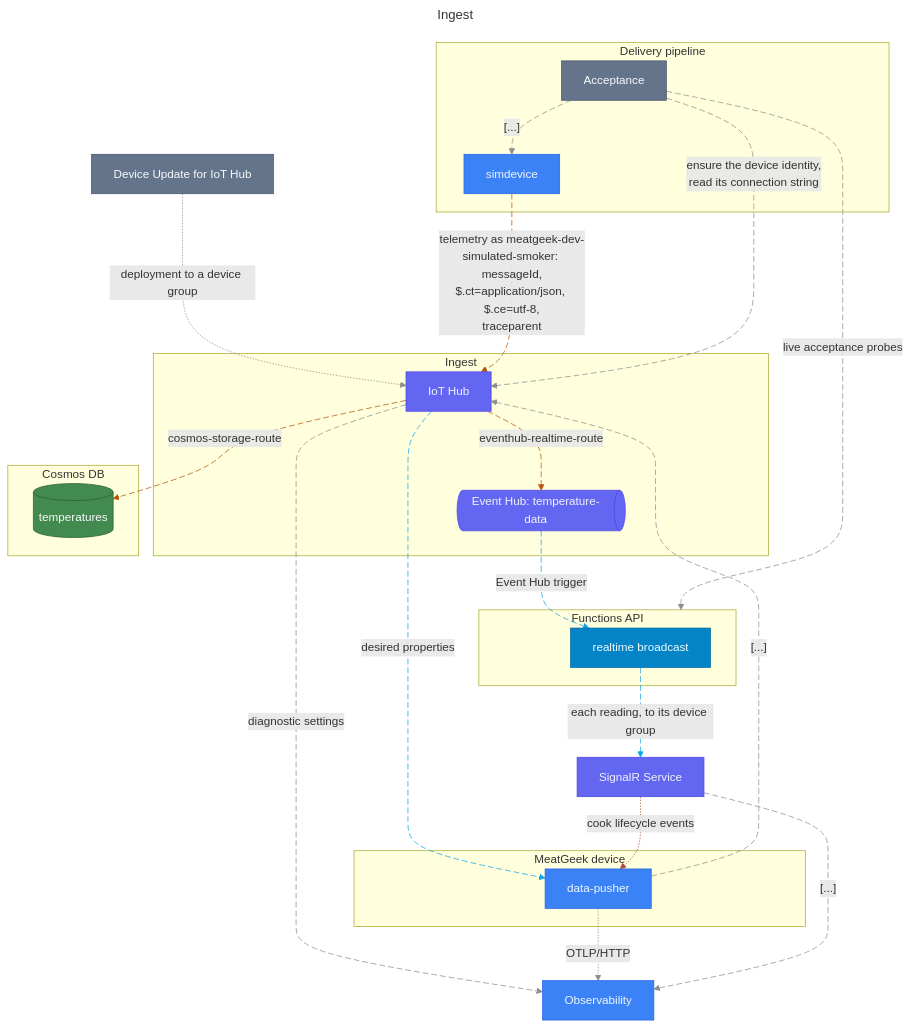
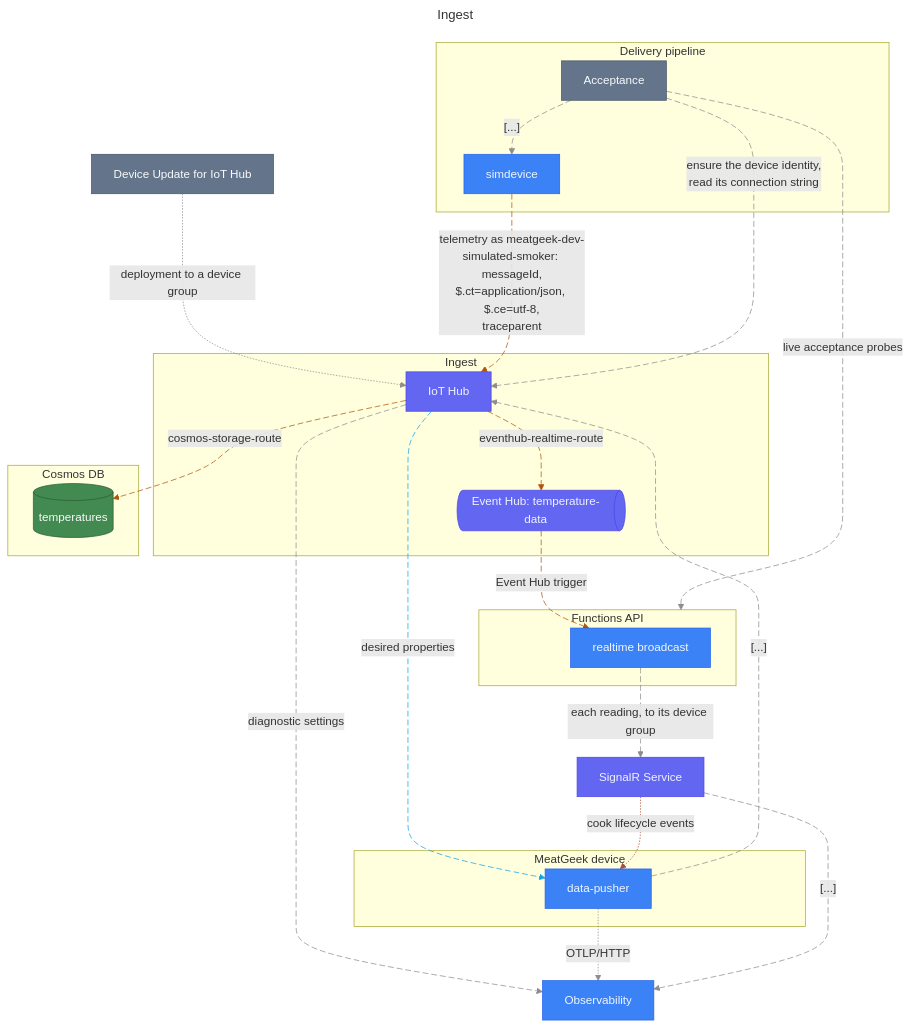
The seventh of 19 diagrams in docs/architecture/diagrams.md (stevebargelt/meatgeekv2), drawn with Mermaid before and after one commit. The commit also changed other lines of this file and 12 other files, not shown here.

First line of the commit message:
feat(api): HAR-60 broadcastTemperature pushes each temperature-data reading to its device-{id} SignalR group

````diff
--- a/docs/architecture/diagrams.md
+++ b/docs/architecture/diagrams.md
@@ -573,62 +571,60 @@
 ```mermaid
 ---
 title: "Ingest"
 ---
 graph TB
   MeatgeekCloudDeviceupdate@{ shape: rectangle, label: "Device Update for IoT Hub" }
   subgraph Delivery["`Delivery pipeline`"]
     Delivery.Acceptance@{ shape: rectangle, label: "Acceptance" }
     Delivery.Simdevice@{ shape: rectangle, label: "simdevice" }
   end
   subgraph MeatgeekCloudIngest["`Ingest`"]
     MeatgeekCloudIngest.Iothub@{ shape: rectangle, label: "IoT Hub" }
     MeatgeekCloudIngest.Eventhub@{ shape: horizontal-cylinder, label: "Event Hub: temperature-data" }
   end
   subgraph MeatgeekCloudData["`Cosmos DB`"]
     MeatgeekCloudData.Temperatures@{ shape: cylinder, label: "temperatures" }
   end
   subgraph MeatgeekCloudApi["`Functions API`"]
     MeatgeekCloudApi.Broadcast@{ shape: rectangle, label: "realtime broadcast" }
   end
   MeatgeekCloudRealtime@{ shape: rectangle, label: "SignalR Service" }
   subgraph MeatgeekEdge["`MeatGeek device`"]
     MeatgeekEdge.Pusher@{ shape: rectangle, label: "data-pusher" }
   end
   MeatgeekCloudObservability@{ shape: rectangle, label: "Observability" }
   MeatgeekCloudDeviceupdate -. "`deployment to a device group`" .-> MeatgeekCloudIngest.Iothub
   MeatgeekCloudIngest.Iothub -. "`eventhub-realtime-route`" .-> MeatgeekCloudIngest.Eventhub
   MeatgeekCloudIngest.Iothub -. "`diagnostic settings`" .-> MeatgeekCloudObservability
   MeatgeekCloudIngest.Iothub -. "`desired properties`" .-> MeatgeekEdge.Pusher
   MeatgeekEdge.Pusher -. "`[...]`" .-> MeatgeekCloudIngest.Iothub
   MeatgeekEdge.Pusher -. "`OTLP/HTTP`" .-> MeatgeekCloudObservability
   MeatgeekCloudIngest.Iothub -. "`cosmos-storage-route`" .-> MeatgeekCloudData.Temperatures
   MeatgeekCloudIngest.Eventhub -. "`Event Hub trigger`" .-> MeatgeekCloudApi.Broadcast
   MeatgeekCloudApi.Broadcast -. "`each reading, to its device group`" .-> MeatgeekCloudRealtime
   MeatgeekCloudRealtime -. "`[...]`" .-> MeatgeekCloudObservability
   MeatgeekCloudRealtime -. "`cook lifecycle events`" .-> MeatgeekEdge.Pusher
   Delivery.Simdevice -. "`telemetry as meatgeek-dev-
 simulated-smoker: messageId,
 $.ct=application/json, $.ce=utf-8,
 traceparent`" .-> MeatgeekCloudIngest.Iothub
   Delivery.Acceptance -. "`ensure the device identity,
 read its connection string`" .-> MeatgeekCloudIngest.Iothub
   Delivery.Acceptance -. "`[...]`" .-> Delivery.Simdevice
   Delivery.Acceptance -. "`live acceptance probes`" .-> MeatgeekCloudApi
   classDef muted fill:#64748b,stroke:#475569,color:#f8fafc
   class MeatgeekCloudDeviceupdate muted
   classDef slate fill:#64748b,stroke:#475569,color:#f8fafc
   class Delivery.Acceptance slate
   classDef primary fill:#3b82f6,stroke:#2563eb,color:#eff6ff
-  class Delivery.Simdevice,MeatgeekEdge.Pusher,MeatgeekCloudObservability primary
+  class Delivery.Simdevice,MeatgeekCloudApi.Broadcast,MeatgeekEdge.Pusher,MeatgeekCloudObservability primary
   classDef indigo fill:#6366f1,stroke:#4f46e5,color:#eef2ff
   class MeatgeekCloudIngest.Iothub,MeatgeekCloudIngest.Eventhub,MeatgeekCloudRealtime indigo
   classDef green fill:#428a4f,stroke:#2d5d39,color:#f8fafc
   class MeatgeekCloudData.Temperatures green
-  classDef sky fill:#0284c7,stroke:#0369a1,color:#f0f9ff
-  class MeatgeekCloudApi.Broadcast sky
   linkStyle 0,5 stroke:#8D8D8D
-  linkStyle 1,6,11 stroke:#b45309,stroke-dasharray:8 4
-  linkStyle 2,4,9,12,13,14 stroke:#8D8D8D,stroke-dasharray:8 4
-  linkStyle 3,7,8 stroke:#0ea5e9,stroke-dasharray:8 4
+  linkStyle 1,6,7,11 stroke:#b45309,stroke-dasharray:8 4
+  linkStyle 2,4,8,9,12,13,14 stroke:#8D8D8D,stroke-dasharray:8 4
+  linkStyle 3 stroke:#0ea5e9,stroke-dasharray:8 4
   linkStyle 10 stroke:#AC4D39
 ```
````
